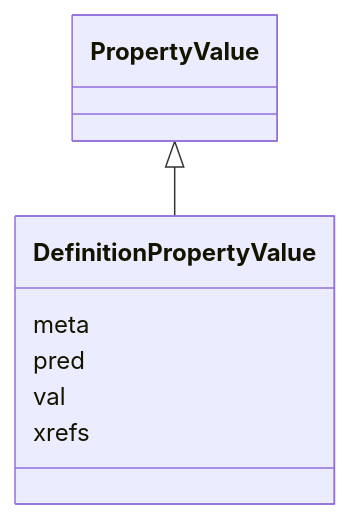
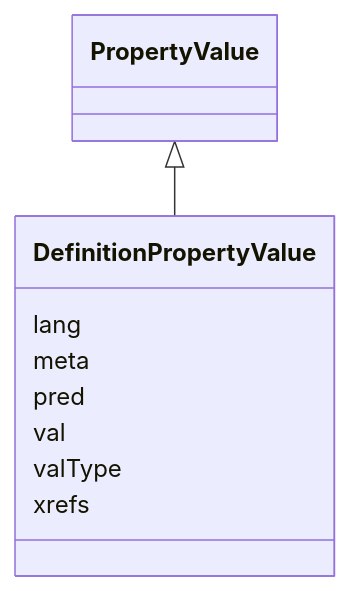
One commit to INCATools/ontology-access-kit changed the diagram in obograph/DefinitionPropertyValue.md. Above: the diagram before and after it, drawn with Mermaid. The commit also changed other lines of this file and 697 other files, not shown here.

````diff
--- a/obograph/DefinitionPropertyValue.md
+++ b/obograph/DefinitionPropertyValue.md
@@ -11,11 +11,13 @@
 ```{mermaid}
  classDiagram
     class DefinitionPropertyValue
       PropertyValue <|-- DefinitionPropertyValue
       
+      DefinitionPropertyValue : lang
       DefinitionPropertyValue : meta
       DefinitionPropertyValue : pred
       DefinitionPropertyValue : val
+      DefinitionPropertyValue : valType
       DefinitionPropertyValue : xrefs
       
 ```
````
